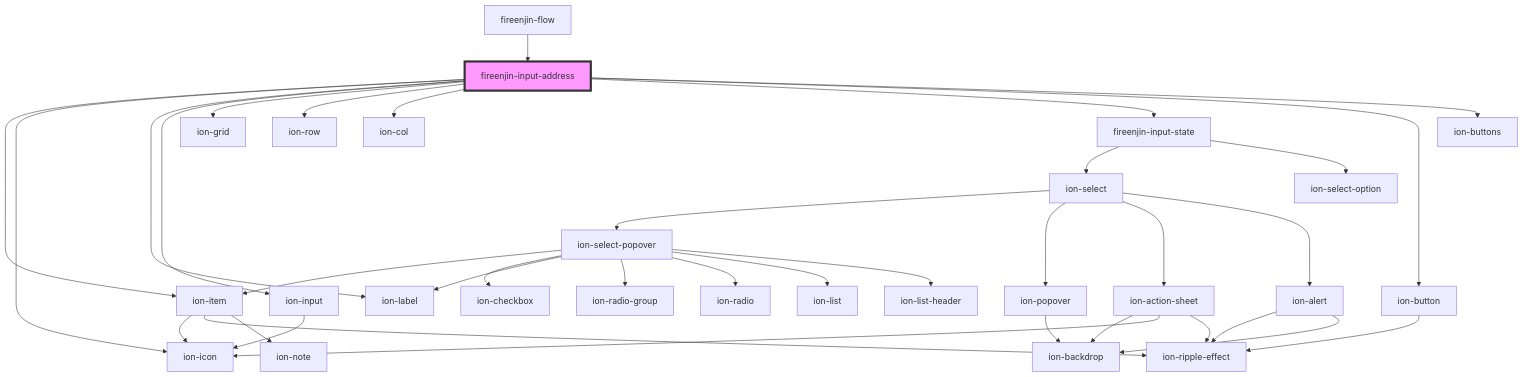
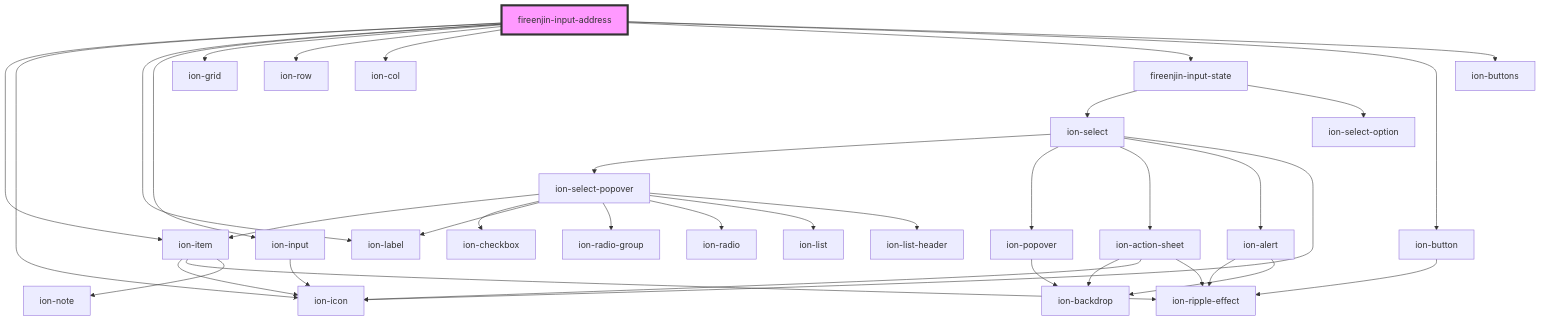
One commit to FireEnjin/Components changed the diagram in src/components/input-address/readme.md. Above: the diagram before and after it, drawn with Mermaid. The commit also changed other lines of this file and 18 other files, not shown here.

````diff
--- a/src/components/input-address/readme.md
+++ b/src/components/input-address/readme.md
@@ -51,39 +47,39 @@
 ```mermaid
 graph TD;
   fireenjin-input-address --> ion-item
   fireenjin-input-address --> ion-icon
   fireenjin-input-address --> ion-label
   fireenjin-input-address --> ion-input
   fireenjin-input-address --> ion-grid
   fireenjin-input-address --> ion-row
   fireenjin-input-address --> ion-col
   fireenjin-input-address --> fireenjin-input-state
   fireenjin-input-address --> ion-button
   fireenjin-input-address --> ion-buttons
   ion-item --> ion-icon
   ion-item --> ion-ripple-effect
   ion-item --> ion-note
   ion-input --> ion-icon
   fireenjin-input-state --> ion-select
   fireenjin-input-state --> ion-select-option
   ion-select --> ion-select-popover
   ion-select --> ion-popover
   ion-select --> ion-action-sheet
   ion-select --> ion-alert
+  ion-select --> ion-icon
   ion-select-popover --> ion-item
   ion-select-popover --> ion-checkbox
   ion-select-popover --> ion-label
   ion-select-popover --> ion-radio-group
   ion-select-popover --> ion-radio
   ion-select-popover --> ion-list
   ion-select-popover --> ion-list-header
   ion-popover --> ion-backdrop
   ion-action-sheet --> ion-backdrop
   ion-action-sheet --> ion-icon
   ion-action-sheet --> ion-ripple-effect
   ion-alert --> ion-ripple-effect
   ion-alert --> ion-backdrop
   ion-button --> ion-ripple-effect
-  fireenjin-flow --> fireenjin-input-address
   style fireenjin-input-address fill:#f9f,stroke:#333,stroke-width:4px
 ```
````
